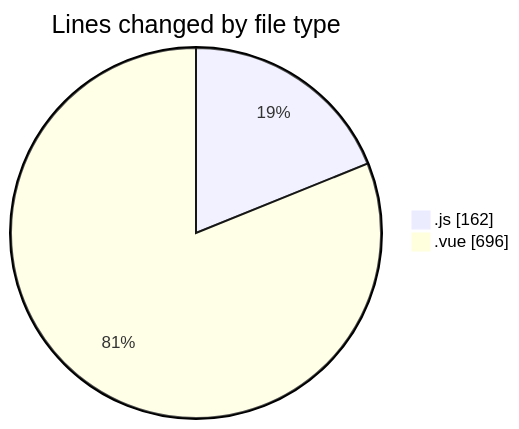
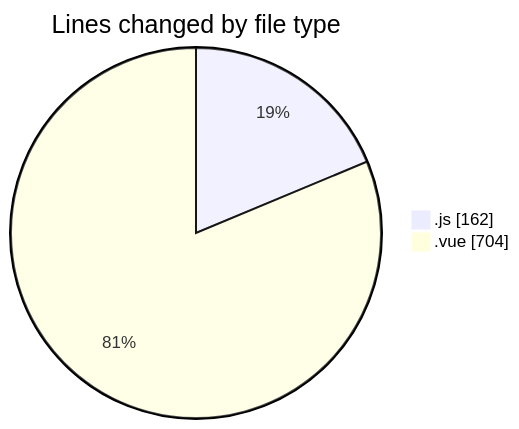
The first of 2 diagrams in 2025-08-17/rentotp/README.md (lephambinh05/code-tracking), drawn with Mermaid before and after one commit. The commit also changed other lines of this file and 1 other file, not shown here.

````diff
--- a/2025-08-17/rentotp/README.md
+++ b/2025-08-17/rentotp/README.md
@@ -23,6 +23,6 @@
 ```mermaid
 pie showData
 title Lines changed by file type
 ".js" : 162
-".vue" : 696
+".vue" : 704
 ```
````
